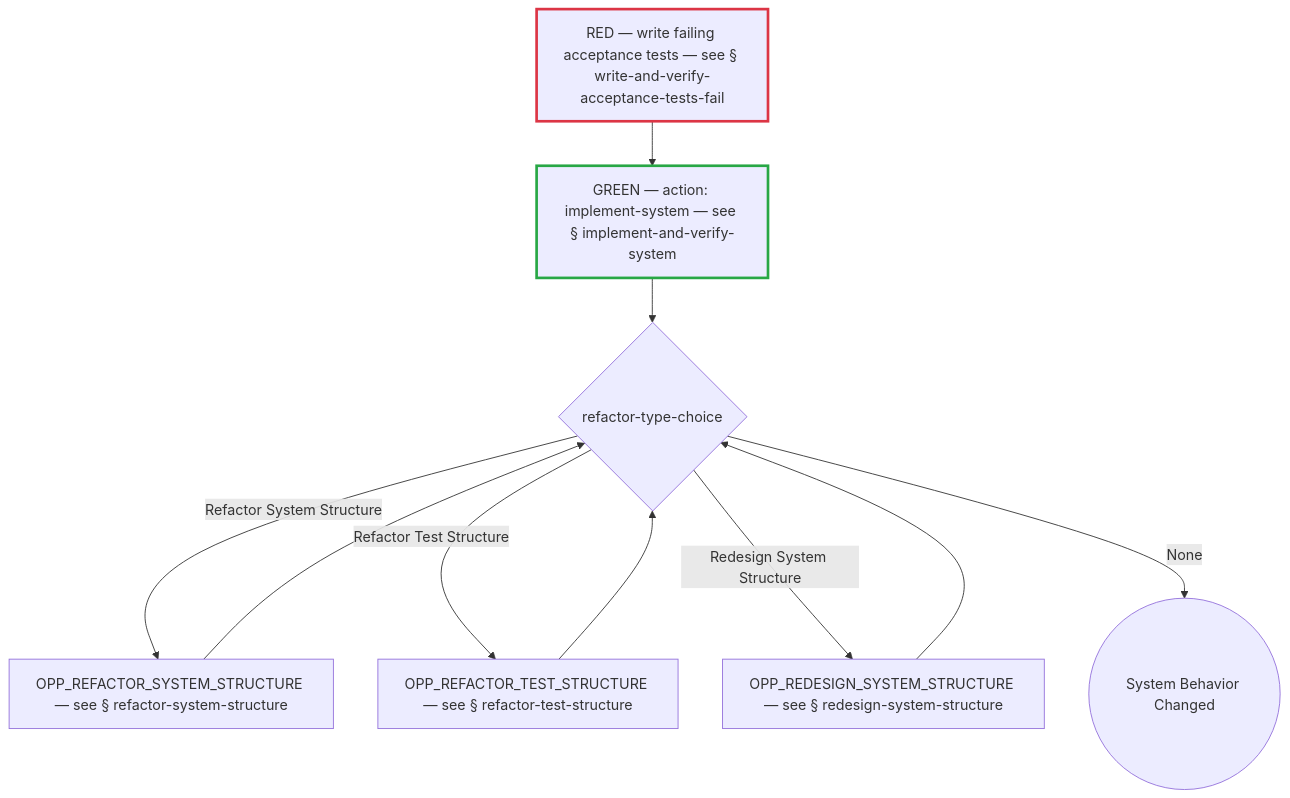
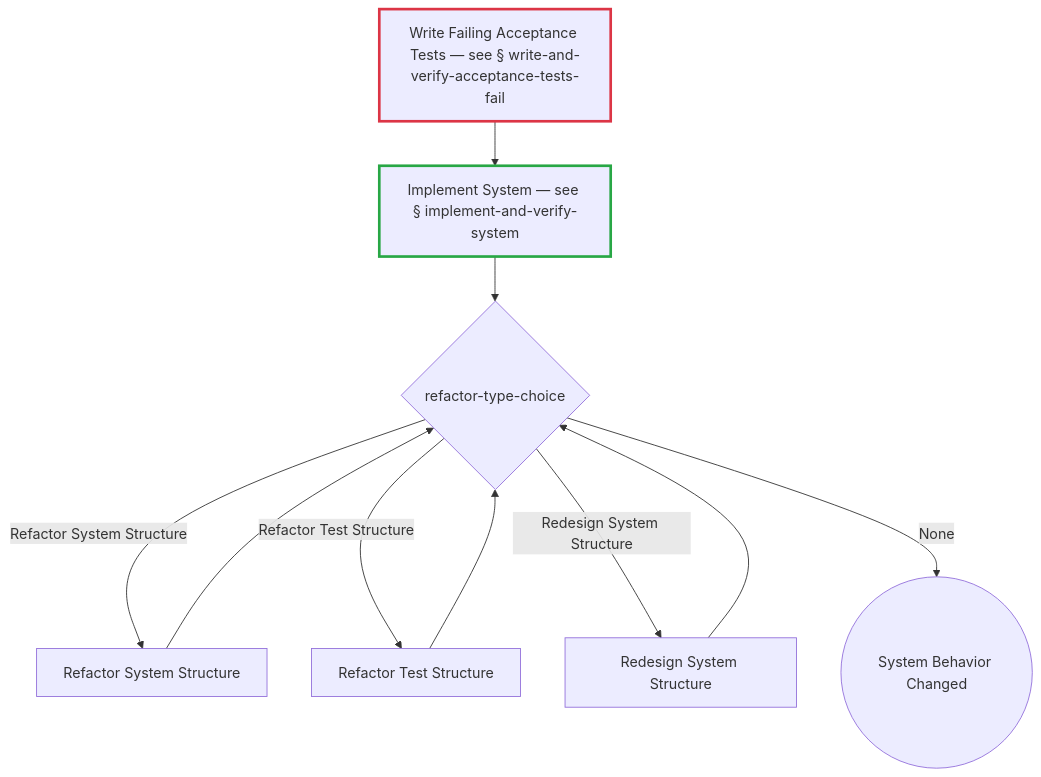
The eighth of 50 diagrams in docs/process-diagram.md (optivem/gh-optivem), drawn with Mermaid before and after one commit. The commit also changed other lines of this file and 6 other files, not shown here.

````diff
--- a/docs/process-diagram.md
+++ b/docs/process-diagram.md
@@ -200,26 +200,26 @@
 ```mermaid
 flowchart TD
     CHANGE_SYSTEM_BEHAVIOR_END((System Behavior Changed))
     GATE_OPPORTUNISTIC_REFACTOR{refactor-type-choice}
-    IMPLEMENT_AND_VERIFY_SYSTEM[GREEN — action: implement-system — see § implement-and-verify-system]
-    OPP_REDESIGN_SYSTEM_STRUCTURE[OPP_REDESIGN_SYSTEM_STRUCTURE — see § redesign-system-structure]
-    OPP_REFACTOR_SYSTEM_STRUCTURE[OPP_REFACTOR_SYSTEM_STRUCTURE — see § refactor-system-structure]
-    OPP_REFACTOR_TEST_STRUCTURE[OPP_REFACTOR_TEST_STRUCTURE — see § refactor-test-structure]
-    WRITE_AND_VERIFY_ACCEPTANCE_TESTS_FAIL[RED — write failing acceptance tests — see § write-and-verify-acceptance-tests-fail]
+    IMPLEMENT_AND_VERIFY_SYSTEM[Implement System — see § implement-and-verify-system]
+    OPP_REDESIGN_SYSTEM_STRUCTURE[Redesign System Structure]
+    OPP_REFACTOR_SYSTEM_STRUCTURE[Refactor System Structure]
+    OPP_REFACTOR_TEST_STRUCTURE[Refactor Test Structure]
+    WRITE_AND_VERIFY_ACCEPTANCE_TESTS_FAIL[Write Failing Acceptance Tests — see § write-and-verify-acceptance-tests-fail]
 
     WRITE_AND_VERIFY_ACCEPTANCE_TESTS_FAIL --> IMPLEMENT_AND_VERIFY_SYSTEM
     IMPLEMENT_AND_VERIFY_SYSTEM --> GATE_OPPORTUNISTIC_REFACTOR
     GATE_OPPORTUNISTIC_REFACTOR -- Refactor System Structure --> OPP_REFACTOR_SYSTEM_STRUCTURE
     GATE_OPPORTUNISTIC_REFACTOR -- Refactor Test Structure --> OPP_REFACTOR_TEST_STRUCTURE
     GATE_OPPORTUNISTIC_REFACTOR -- Redesign System Structure --> OPP_REDESIGN_SYSTEM_STRUCTURE
     GATE_OPPORTUNISTIC_REFACTOR -- None --> CHANGE_SYSTEM_BEHAVIOR_END
     OPP_REFACTOR_SYSTEM_STRUCTURE --> GATE_OPPORTUNISTIC_REFACTOR
     OPP_REFACTOR_TEST_STRUCTURE --> GATE_OPPORTUNISTIC_REFACTOR
     OPP_REDESIGN_SYSTEM_STRUCTURE --> GATE_OPPORTUNISTIC_REFACTOR
 
     classDef tddRedNode stroke:#dc3545,stroke-width:3px
     class WRITE_AND_VERIFY_ACCEPTANCE_TESTS_FAIL tddRedNode
 
     classDef tddGreenNode stroke:#28a745,stroke-width:3px
     class IMPLEMENT_AND_VERIFY_SYSTEM tddGreenNode
 ```
````
